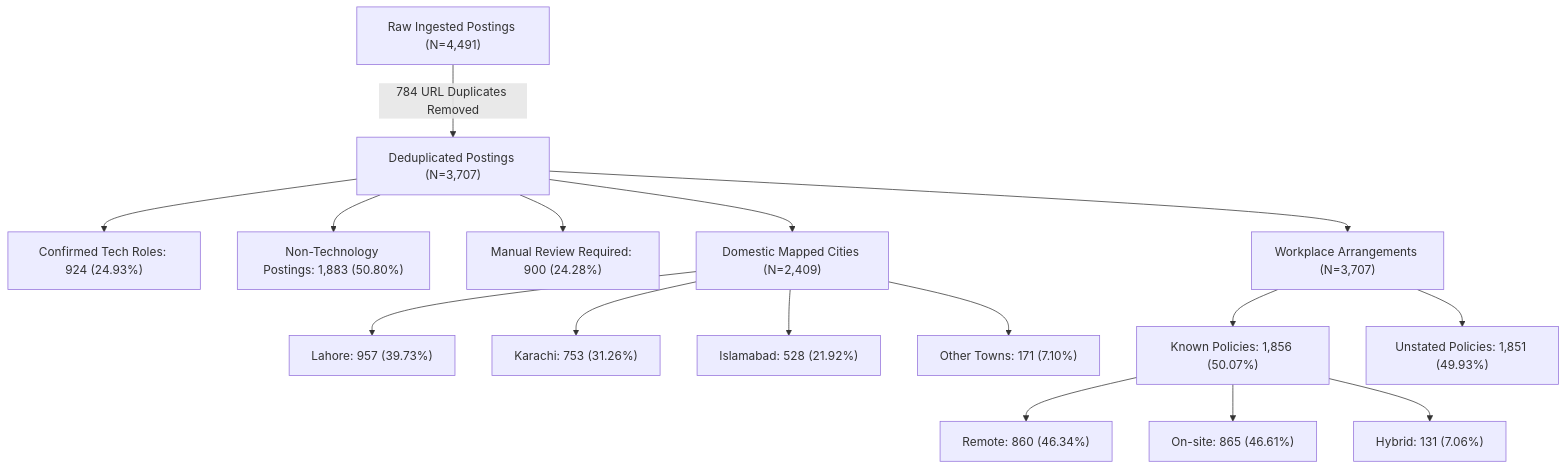
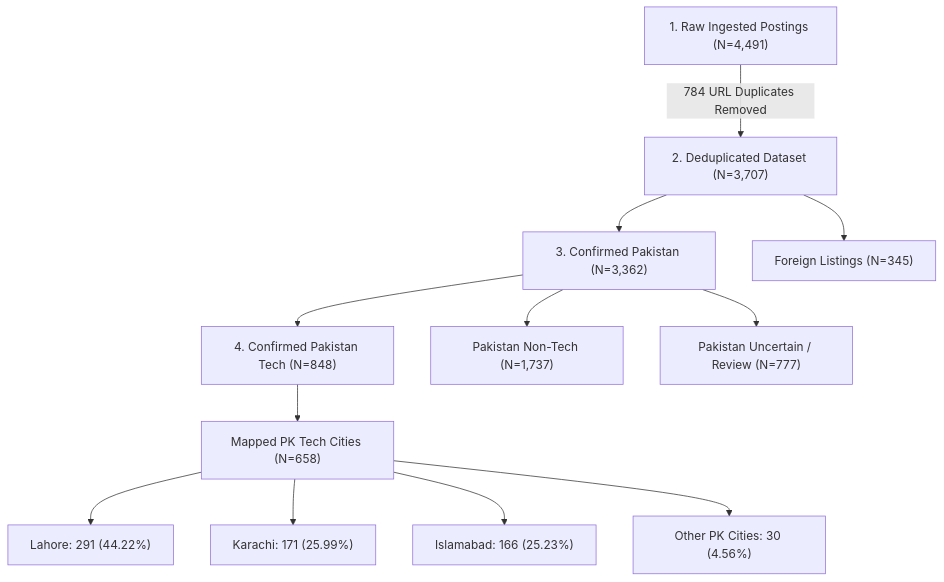
One commit to Awaisbacha55/hiretrends-pakistan-job-market changed the diagram in README.md. Above: the diagram before and after it, drawn with Mermaid. The commit also changed other lines of this file and 40 other files, not shown here.

Commit message:
fix: correct Pakistan tech dataset scope and classification

````diff
--- a/README.md
+++ b/README.md
@@ -108,20 +108,15 @@
 ```mermaid
 flowchart TD
-    Raw["Raw Ingested Postings (N=4,491)"] -->|"784 URL Duplicates Removed"| Total["Deduplicated Postings (N=3,707)"]
-    Total --> Tech["Confirmed Tech Roles: 924 (24.93%)"]
-    Total --> NonTech["Non-Technology Postings: 1,883 (50.80%)"]
-    Total --> Review["Manual Review Required: 900 (24.28%)"]
+    Raw["1. Raw Ingested Postings (N=4,491)"] -->|"784 URL Duplicates Removed"| Dedup["2. Deduplicated Dataset (N=3,707)"]
+    Dedup --> PK["3. Confirmed Pakistan (N=3,362)"]
+    Dedup --> Foreign["Foreign Listings (N=345)"]
+    PK --> PKTech["4. Confirmed Pakistan Tech (N=848)"]
+    PK --> PKNonTech["Pakistan Non-Tech (N=1,737)"]
+    PK --> PKReview["Pakistan Uncertain / Review (N=777)"]
     
-    Total --> MappedLoc["Domestic Mapped Cities (N=2,409)"]
-    MappedLoc --> LHE["Lahore: 957 (39.73%)"]
-    MappedLoc --> KHI["Karachi: 753 (31.26%)"]
-    MappedLoc --> ISB["Islamabad: 528 (21.92%)"]
-    MappedLoc --> Other["Other Towns: 171 (7.10%)"]
-    
-    Total --> WP["Workplace Arrangements (N=3,707)"]
-    WP --> Known["Known Policies: 1,856 (50.07%)"]
-    Known --> Remote["Remote: 860 (46.34%)"]
-    Known --> Onsite["On-site: 865 (46.61%)"]
-    Known --> Hybrid["Hybrid: 131 (7.06%)"]
-    WP --> Unstated["Unstated Policies: 1,851 (49.93%)"]
+    PKTech --> MappedLoc["Mapped PK Tech Cities (N=658)"]
+    MappedLoc --> LHE["Lahore: 291 (44.22%)"]
+    MappedLoc --> KHI["Karachi: 171 (25.99%)"]
+    MappedLoc --> ISB["Islamabad: 166 (25.23%)"]
+    MappedLoc --> Other["Other PK Cities: 30 (4.56%)"]
 ```
````
